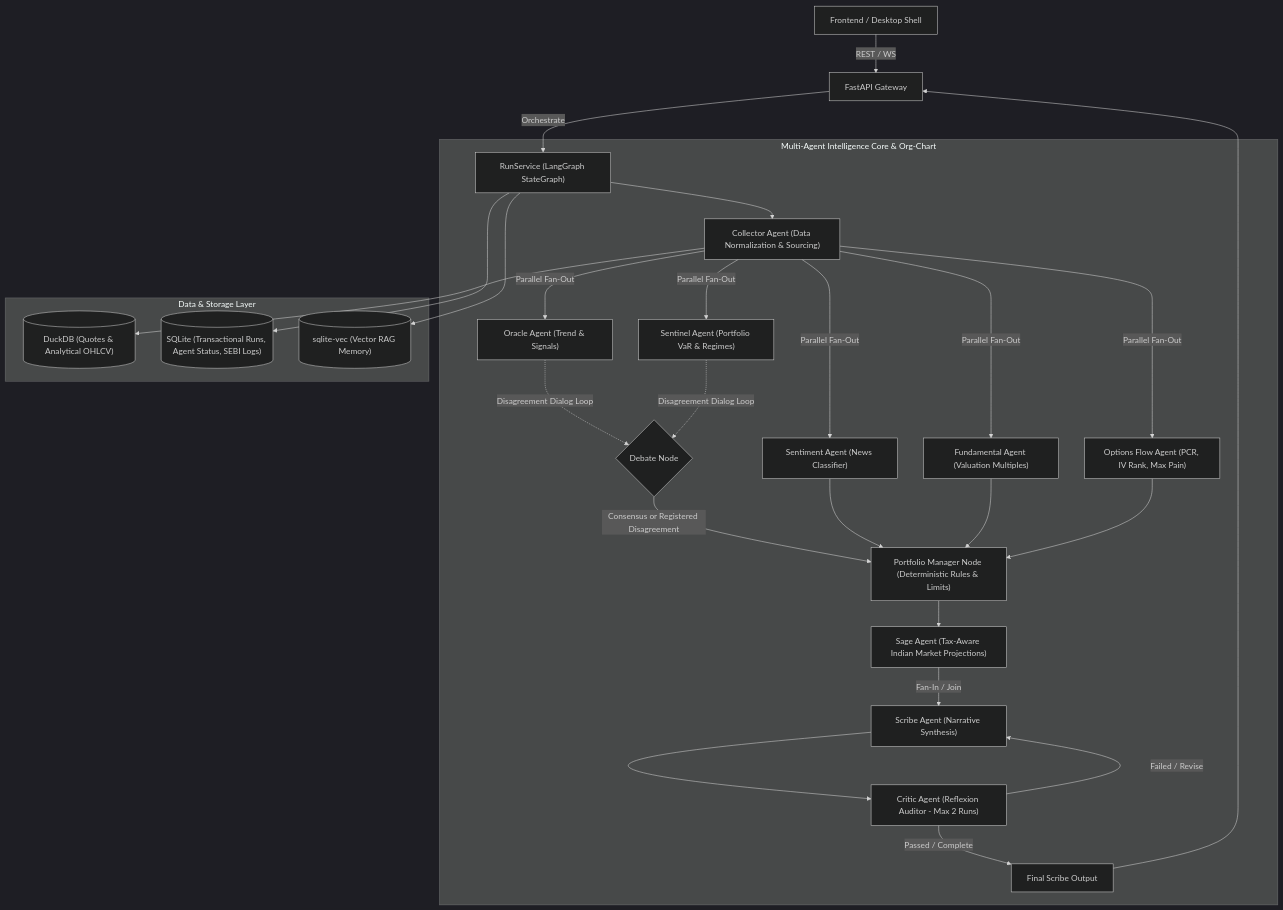
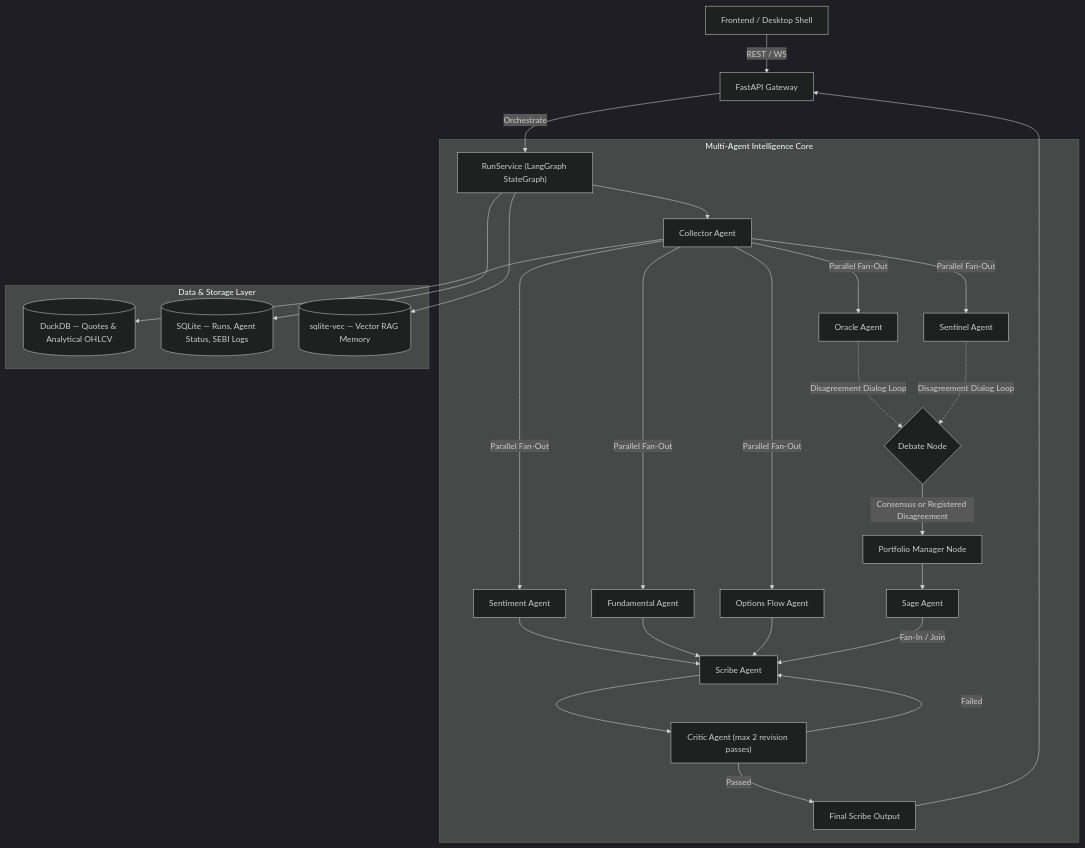
The diagram in README.md (AbsSadhu/Aletheia), drawn with Mermaid (dark theme) before and after one commit. The commit also changed other lines of this file and 10 other files, not shown here.

````diff
--- a/README.md
+++ b/README.md
@@ -85,39 +143,39 @@
 ```mermaid
 graph TD
     UI["Frontend / Desktop Shell"] -->|REST / WS| API["FastAPI Gateway"]
     API -->|Orchestrate| Engine["RunService (LangGraph StateGraph)"]
 
-    subgraph Multi-Agent Intelligence Core & Org-Chart
-        Engine --> Collector["Collector Agent (Data Normalization & Sourcing)"]
+    subgraph Multi-Agent Intelligence Core
+        Engine --> Collector["Collector Agent"]
 
-        Collector -->|Parallel Fan-Out| Oracle["Oracle Agent (Trend & Signals)"]
-        Collector -->|Parallel Fan-Out| Sentinel["Sentinel Agent (Portfolio VaR & Regimes)"]
-        Collector -->|Parallel Fan-Out| Sentiment["Sentiment Agent (News Classifier)"]
-        Collector -->|Parallel Fan-Out| Fundamental["Fundamental Agent (Valuation Multiples)"]
-        Collector -->|Parallel Fan-Out| OptionsFlow["Options Flow Agent (PCR, IV Rank, Max Pain)"]
+        Collector -->|Parallel Fan-Out| Oracle["Oracle Agent"]
+        Collector -->|Parallel Fan-Out| Sentinel["Sentinel Agent"]
+        Collector -->|Parallel Fan-Out| Sentiment["Sentiment Agent"]
+        Collector -->|Parallel Fan-Out| Fundamental["Fundamental Agent"]
+        Collector -->|Parallel Fan-Out| OptionsFlow["Options Flow Agent"]
 
         Oracle -.->|Disagreement Dialog Loop| DebateNode{"Debate Node"}
         Sentinel -.->|Disagreement Dialog Loop| DebateNode
 
-        DebateNode -->|Consensus or Registered Disagreement| PMNode["Portfolio Manager Node (Deterministic Rules & Limits)"]
-        Sentiment --> PMNode
-        Fundamental --> PMNode
-        OptionsFlow --> PMNode
+        DebateNode -->|Consensus or Registered Disagreement| PMNode["Portfolio Manager Node"]
+        Sentiment --> Scribe
+        Fundamental --> Scribe
+        OptionsFlow --> Scribe
 
-        PMNode --> Sage["Sage Agent (Tax-Aware Indian Market Projections)"]
+        PMNode --> Sage["Sage Agent"]
 
-        Sage -->|Fan-In / Join| Scribe["Scribe Agent (Narrative Synthesis)"]
-        Scribe --> Critic["Critic Agent (Reflexion Auditor - Max 2 Runs)"]
+        Sage -->|Fan-In / Join| Scribe["Scribe Agent"]
+        Scribe --> Critic["Critic Agent (max 2 revision passes)"]
 
-        Critic -->|Failed / Revise| Scribe
-        Critic -->|Passed / Complete| FinalOutput["Final Scribe Output"]
+        Critic -->|Failed| Scribe
+        Critic -->|Passed| FinalOutput["Final Scribe Output"]
     end
 
     subgraph Data & Storage Layer
-        Collector --> DuckDB[("DuckDB (Quotes & Analytical OHLCV)")]
-        Engine --> SQLite[("SQLite (Transactional Runs, Agent Status, SEBI Logs)")]
-        Engine --> VecStore[("sqlite-vec (Vector RAG Memory)")]
+        Collector --> DuckDB[("DuckDB — Quotes & Analytical OHLCV")]
+        Engine --> SQLite[("SQLite — Runs, Agent Status, SEBI Logs")]
+        Engine --> VecStore[("sqlite-vec — Vector RAG Memory")]
     end
 
     FinalOutput --> API
 ```
````
